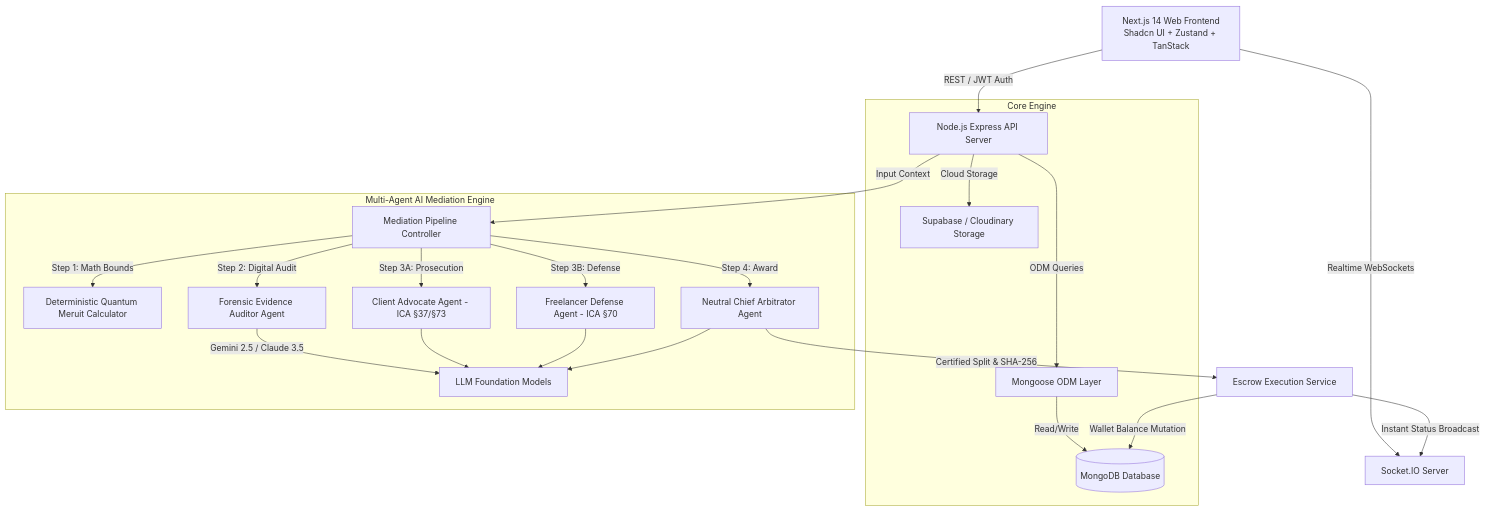
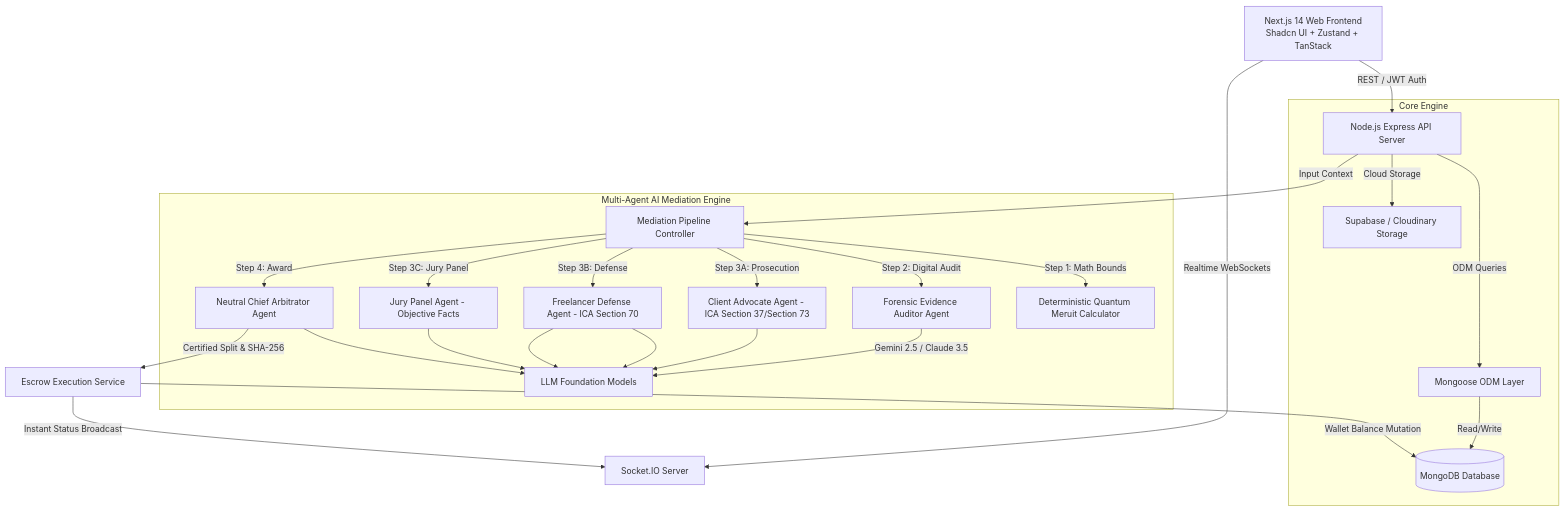
One commit to sreyansu/verdiqt changed the first of 3 diagrams in presentation_slides_content.md. Above: the diagram before and after it, drawn with Mermaid. The commit also changed other lines of this file, not shown here.

````diff
--- a/presentation_slides_content.md
+++ b/presentation_slides_content.md
@@ -240,29 +240,32 @@
 ```mermaid
 graph TD
     Client[Next.js 14 Web Frontend\nShadcn UI + Zustand + TanStack] -->|REST / JWT Auth| Express[Node.js Express API Server]
     Client -->|Realtime WebSockets| Socket[Socket.IO Server]
     
     subgraph Core Engine
         Express -->|ODM Queries| Mongoose[Mongoose ODM Layer]
         Mongoose -->|Read/Write| DB[(MongoDB Database)]
         Express -->|Cloud Storage| Supabase[Supabase / Cloudinary Storage]
     end
     
     subgraph Multi-Agent AI Mediation Engine
         Express -->|Input Context| Engine[Mediation Pipeline Controller]
         Engine -->|Step 1: Math Bounds| Math[Deterministic Quantum Meruit Calculator]
         Engine -->|Step 2: Digital Audit| Auditor[Forensic Evidence Auditor Agent]
-        Engine -->|Step 3A: Prosecution| Prosecution[Client Advocate Agent - ICA §37/§73]
-        Engine -->|Step 3B: Defense| Defense[Freelancer Defense Agent - ICA §70]
+        Engine -->|Step 3A: Prosecution| Prosecution[Client Advocate Agent - ICA Section 37/Section 73]
+        Engine -->|Step 3B: Defense| Defense[Freelancer Defense Agent - ICA Section 70]
+        Engine -->|Step 3C: Jury Panel| Jury[Jury Panel Agent - Objective Facts]
         Engine -->|Step 4: Award| Arbitrator[Neutral Chief Arbitrator Agent]
         
         Auditor -->|Gemini 2.5 / Claude 3.5| LLM[LLM Foundation Models]
         Prosecution --> LLM
+        Defense --> LLM
+        Jury --> LLM
         Defense --> LLM
         Arbitrator --> LLM
     end
     
     Arbitrator -->|Certified Split & SHA-256| Escrow[Escrow Execution Service]
     Escrow -->|Wallet Balance Mutation| DB
     Escrow -->|Instant Status Broadcast| Socket
 ```
````
